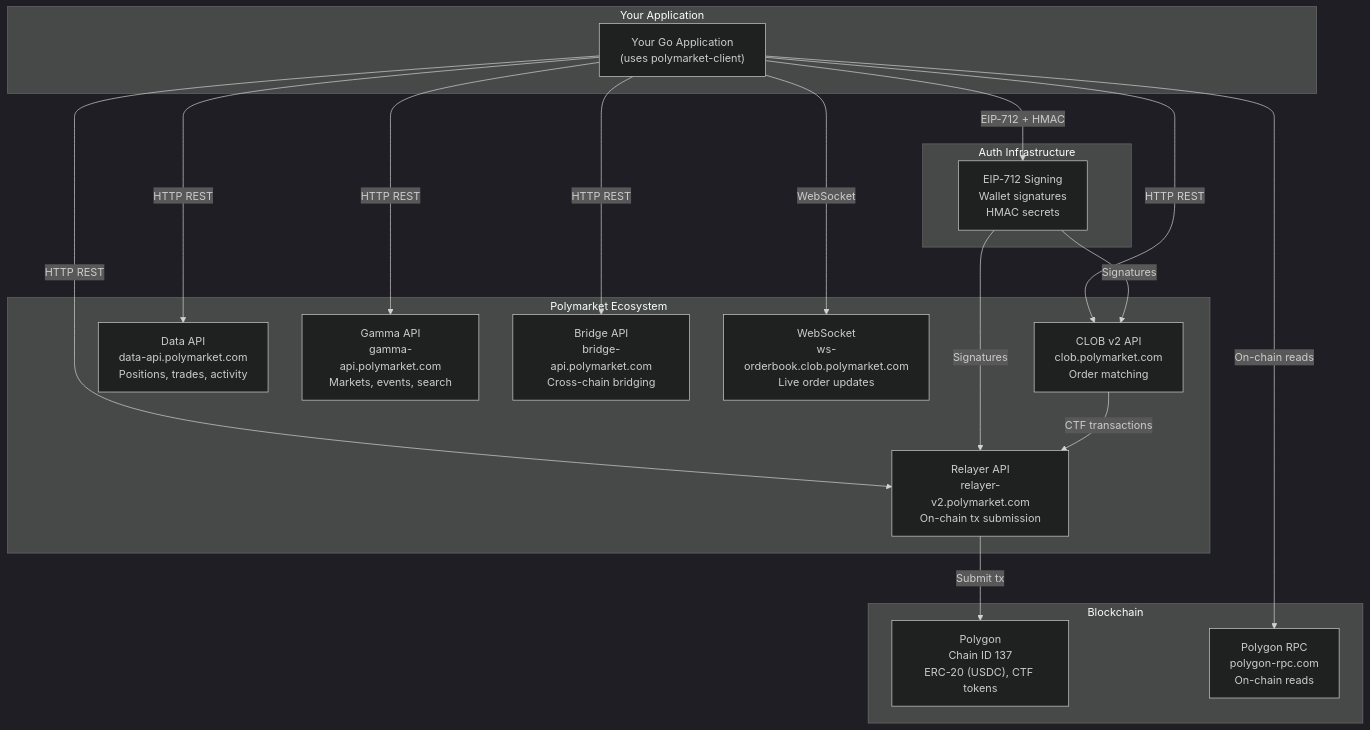
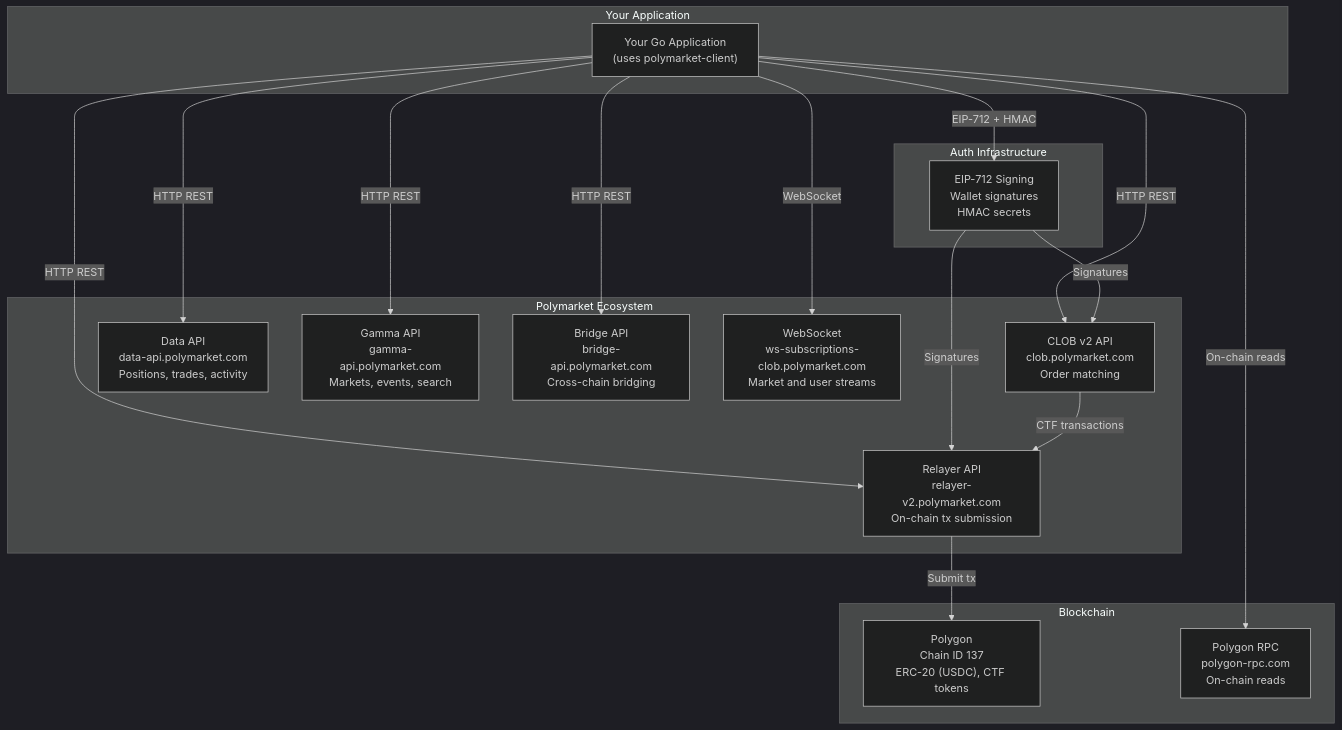
One commit to wimgithub/polymarket-client changed the first of 8 diagrams in docs-site/architecture.md. Above: the diagram before and after it, drawn with Mermaid (dark theme). The commit also changed other lines of this file and 10 other files, not shown here.

````diff
--- a/docs-site/architecture.md
+++ b/docs-site/architecture.md
@@ -7,39 +7,39 @@
 ```mermaid
 graph TB
     subgraph "Your Application"
         APP["Your Go Application\n(uses polymarket-client)"]
     end
 
     subgraph "Polymarket Ecosystem"
         CLOB["CLOB v2 API\nclob.polymarket.com\nOrder matching"]
         RELAYER["Relayer API\nrelayer-v2.polymarket.com\nOn-chain tx submission"]
         DATA["Data API\ndata-api.polymarket.com\nPositions, trades, activity"]
         GAMMA["Gamma API\ngamma-api.polymarket.com\nMarkets, events, search"]
         BRIDGE["Bridge API\nbridge-api.polymarket.com\nCross-chain bridging"]
-        WS["WebSocket\nws-orderbook.clob.polymarket.com\nLive order updates"]
+        WS["WebSocket\nws-subscriptions-clob.polymarket.com\nMarket and user streams"]
     end
 
     subgraph "Blockchain"
         POLY["Polygon\nChain ID 137\nERC-20 (USDC), CTF tokens"]
         RPC["Polygon RPC\npolygon-rpc.com\nOn-chain reads"]
     end
 
     subgraph "Auth Infrastructure"
         EIP["EIP-712 Signing\nWallet signatures\nHMAC secrets"]
     end
 
     APP -->|HTTP REST| CLOB
     APP -->|HTTP REST| RELAYER
     APP -->|HTTP REST| DATA
     APP -->|HTTP REST| GAMMA
     APP -->|HTTP REST| BRIDGE
     APP -->|WebSocket| WS
 
     APP -->|EIP-712 + HMAC| EIP
     EIP -->|Signatures| CLOB
     EIP -->|Signatures| RELAYER
 
     CLOB -->|CTF transactions| RELAYER
     RELAYER -->|Submit tx| POLY
     APP -->|On-chain reads| RPC
 ```
````
